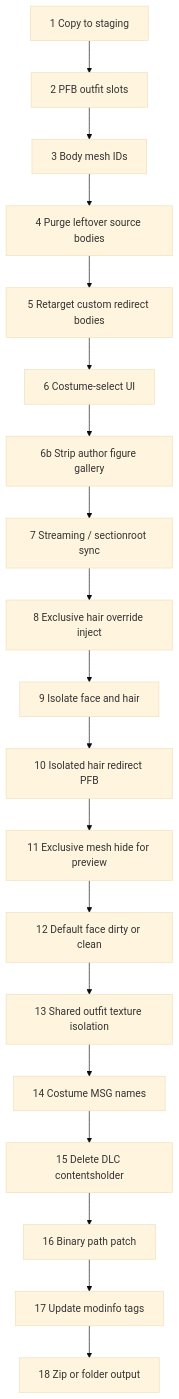
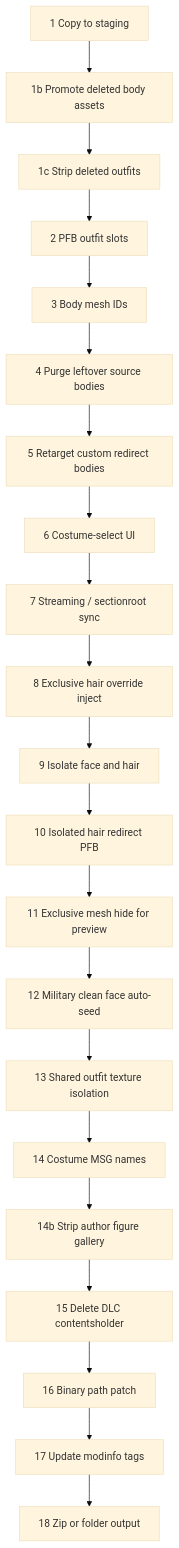
The diagram in docs/PIPELINE.md (Necrotress/RE2-Outfit-Converter-Tool), drawn with Mermaid (base theme) before and after one commit. The commit also changed other lines of this file and 59 other files, not shown here.

````diff
--- a/docs/PIPELINE.md
+++ b/docs/PIPELINE.md
@@ -13,25 +13,27 @@
 ```mermaid
 flowchart TD
   copy[1 Copy to staging]
+  promote[1b Promote deleted body assets]
+  strip[1c Strip deleted outfits]
   pfb[2 PFB outfit slots]
   mesh[3 Body mesh IDs]
   purge[4 Purge leftover source bodies]
   redirect[5 Retarget custom redirect bodies]
   ui[6 Costume-select UI]
-  figStrip[6b Strip author figure gallery]
   stream[7 Streaming / sectionroot sync]
   hairEx[8 Exclusive hair override inject]
   iso[9 Isolate face and hair]
   hairIso[10 Isolated hair redirect PFB]
   exclMesh[11 Exclusive mesh hide for preview]
-  milFace[12 Default face dirty or clean]
+  milFace[12 Military clean face auto-seed]
   tex[13 Shared outfit texture isolation]
   msg[14 Costume MSG names]
+  figStrip[14b Strip author figure gallery]
   holder[15 Delete DLC contentsholder]
   patch[16 Binary path patch]
   modinfo[17 Update modinfo tags]
   pack[18 Zip or folder output]
-  copy --> pfb --> mesh --> purge --> redirect --> ui --> figStrip --> stream
-  stream --> hairEx --> iso --> hairIso --> exclMesh --> milFace --> tex --> msg --> holder
-  holder --> patch --> modinfo --> pack
+  copy --> promote --> strip --> pfb --> mesh --> purge --> redirect --> ui --> stream
+  stream --> hairEx --> iso --> hairIso --> exclMesh --> milFace --> tex --> msg --> figStrip
+  figStrip --> holder --> patch --> modinfo --> pack
 ```
````
